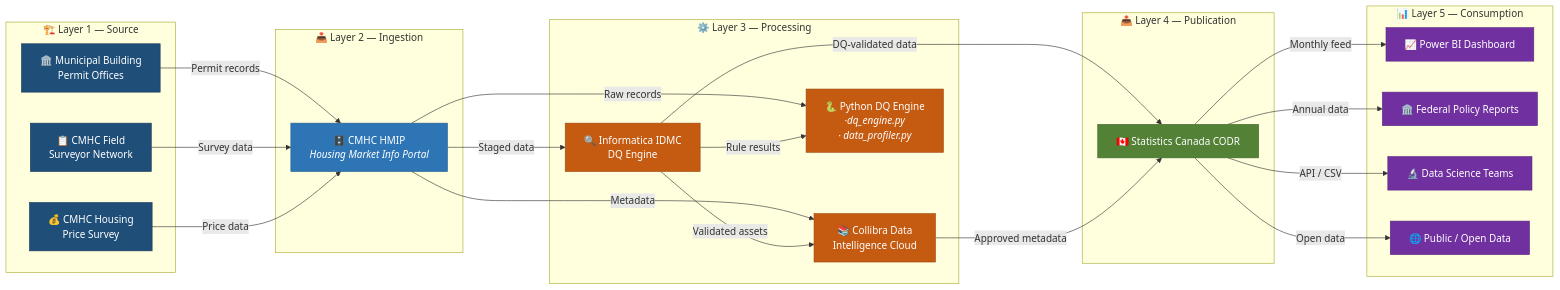
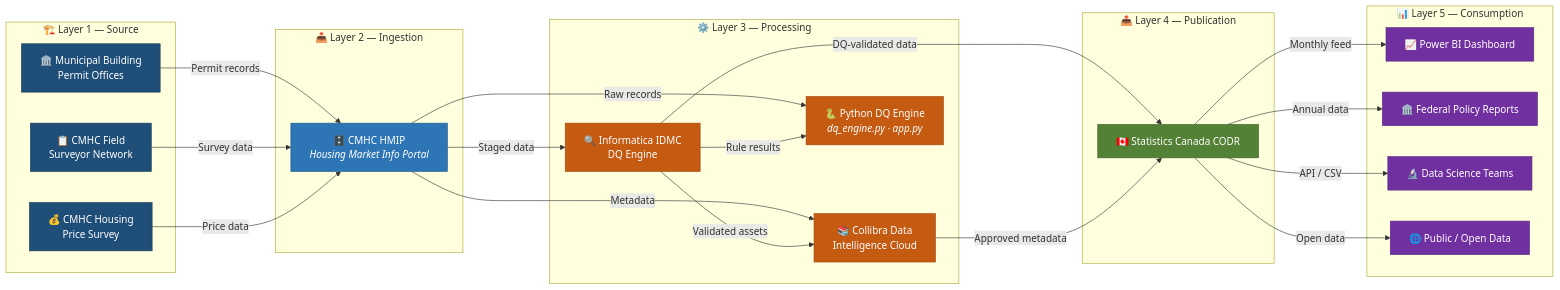
Before and after one commit to rkdhakal/canadian-housing-data-governance: the diagram in README.md, drawn with Mermaid. The commit also changed other lines of this file and 8 other files, not shown here.

````diff
--- a/README.md
+++ b/README.md
@@ -76,50 +78,50 @@
 ```mermaid
 graph LR
     subgraph SOURCE ["🏗️ Layer 1 — Source"]
         S1["🏛️ Municipal Building<br/>Permit Offices"]
         S2["📋 CMHC Field<br/>Surveyor Network"]
         S3["💰 CMHC Housing<br/>Price Survey"]
     end
     subgraph INGEST ["📥 Layer 2 — Ingestion"]
         I1["🗄️ CMHC HMIP<br/><i>Housing Market Info Portal</i>"]
     end
     subgraph PROCESS ["⚙️ Layer 3 — Processing"]
         P1["🔍 Informatica IDMC <br/> DQ Engine"]
         P2["📚 Collibra Data <br/>Intelligence Cloud"]
-        P3["🐍 Python DQ Engine<br/><i>·dq_engine.py <br/> · data_profiler.py</i>"]
+        P3["🐍 Python DQ Engine<br/><i>dq_engine.py · app.py</i>"]
     end
     subgraph PUBLISH ["📤 Layer 4 — Publication"]
         PB1["🇨🇦 Statistics Canada CODR"]
     end
     subgraph CONSUME ["📊 Layer 5 — Consumption"]
         C1["📈 Power BI Dashboard"]
         C2["🏛️ Federal Policy Reports"]
         C3["🔬 Data Science Teams"]
         C4["🌐 Public / Open Data"]
     end
     S1 -->|"Permit records"| I1
     S2 -->|"Survey data"| I1
     S3 -->|"Price data"| I1
     I1 -->|"Staged data"| P1
     I1 -->|"Metadata"| P2
     I1 -->|"Raw records"| P3
     P1 -->|"Validated assets"| P2
     P1 -->|"Rule results"| P3
     P1 -->|"DQ-validated data"| PB1
     P2 -->|"Approved metadata"| PB1
     PB1 -->|"Monthly feed"| C1
     PB1 -->|"Annual data"| C2
     PB1 -->|"API / CSV"| C3
     PB1 -->|"Open data"| C4
 
     classDef source fill:#1F4E79,stroke:#1a3d5c,color:#fff
     classDef ingest fill:#2E75B6,stroke:#245d91,color:#fff
     classDef process fill:#C55A11,stroke:#9e480e,color:#fff
     classDef publish fill:#538135,stroke:#42672a,color:#fff
     classDef consume fill:#7030A0,stroke:#5a2680,color:#fff
     class S1,S2,S3 source
     class I1 ingest
     class P1,P2,P3 process
     class PB1 publish
     class C1,C2,C3,C4 consume
 ```
````
